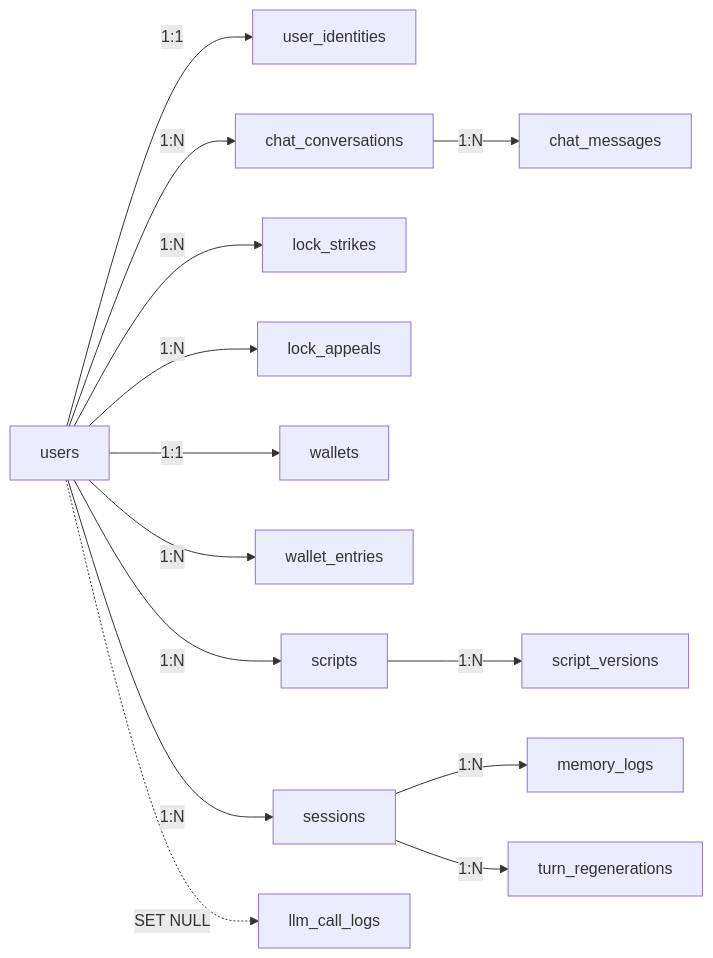
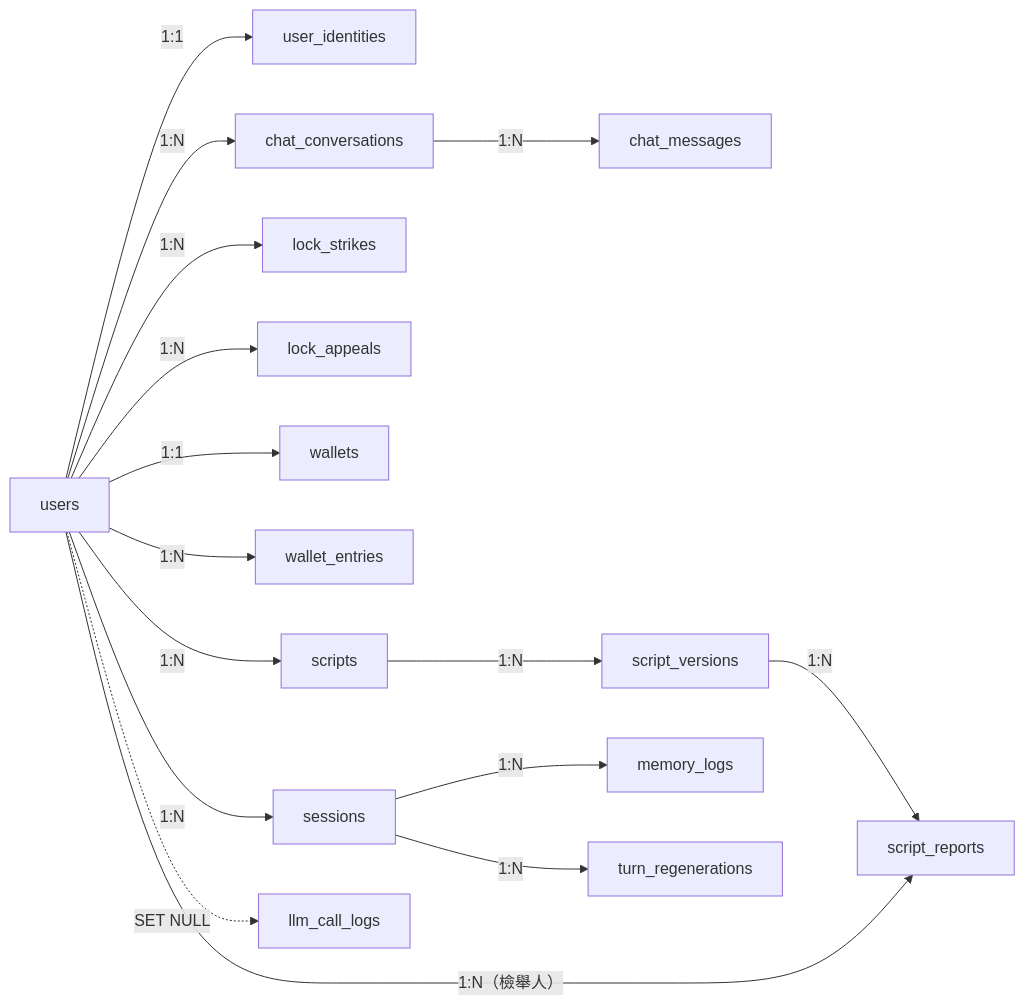
One commit to pp466pp466/R.A.C changed the seventh of 18 diagrams in docs/2.0簡報.md. Above: the diagram before and after it, drawn with Mermaid. The commit also changed other lines of this file and 10 other files, not shown here.

````diff
--- a/docs/2.0簡報.md
+++ b/docs/2.0簡報.md
@@ -291,17 +294,19 @@
 ```mermaid
 flowchart LR
     users["users"]
     users -->|"1:1"| user_identities
     users -->|"1:N"| chat_conversations
     chat_conversations -->|"1:N"| chat_messages
     users -->|"1:N"| lock_strikes
     users -->|"1:N"| lock_appeals
     users -->|"1:1"| wallets
     users -->|"1:N"| wallet_entries
     users -->|"1:N"| scripts
     scripts -->|"1:N"| script_versions
+    script_versions -->|"1:N"| script_reports
+    users -->|"1:N（檢舉人）"| script_reports
     users -->|"1:N"| sessions
     sessions -->|"1:N"| memory_logs
     sessions -->|"1:N"| turn_regenerations
     users -.->|"SET NULL"| llm_call_logs
 ```
````
